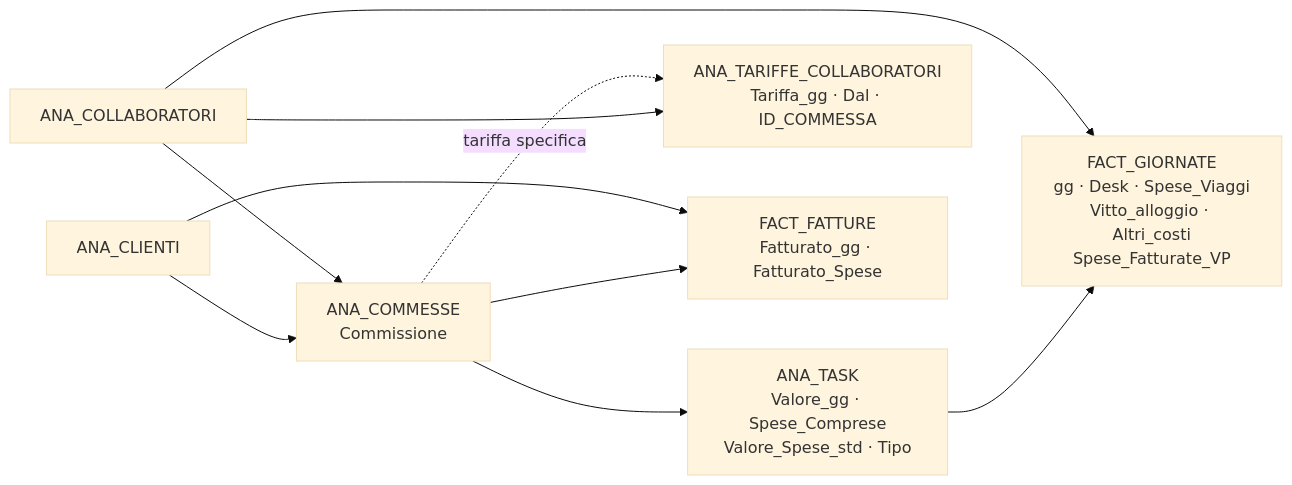
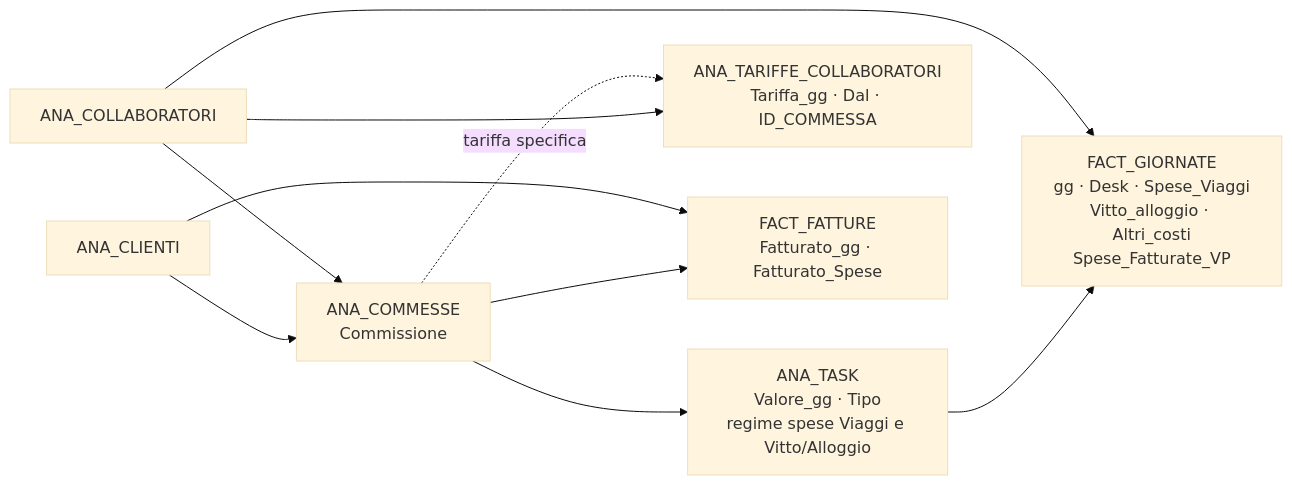
Before and after one commit to giotroni/DB_VP_API: the diagram in docs/ANALISI-MANAGEMENT.md, drawn with Mermaid (base theme). The commit also changed other lines of this file and 20 other files, not shown here.

````diff
--- a/docs/ANALISI-MANAGEMENT.md
+++ b/docs/ANALISI-MANAGEMENT.md
@@ -113,12 +127,12 @@
 ```mermaid
 graph LR
     CLI[ANA_CLIENTI] --> COM[ANA_COMMESSE<br/>Commissione]
     COL[ANA_COLLABORATORI] --> COM
-    COM --> TSK[ANA_TASK<br/>Valore_gg · Spese_Comprese<br/>Valore_Spese_std · Tipo]
+    COM --> TSK[ANA_TASK<br/>Valore_gg · Tipo<br/>regime spese Viaggi e Vitto/Alloggio]
     TSK --> GIO[FACT_GIORNATE<br/>gg · Desk · Spese_Viaggi<br/>Vitto_alloggio · Altri_costi<br/>Spese_Fatturate_VP]
     COL --> GIO
     COL --> TAR[ANA_TARIFFE_COLLABORATORI<br/>Tariffa_gg · Dal · ID_COMMESSA]
     COM -.tariffa specifica.-> TAR
     COM --> FAT[FACT_FATTURE<br/>Fatturato_gg · Fatturato_Spese]
     CLI --> FAT
 ```
````
